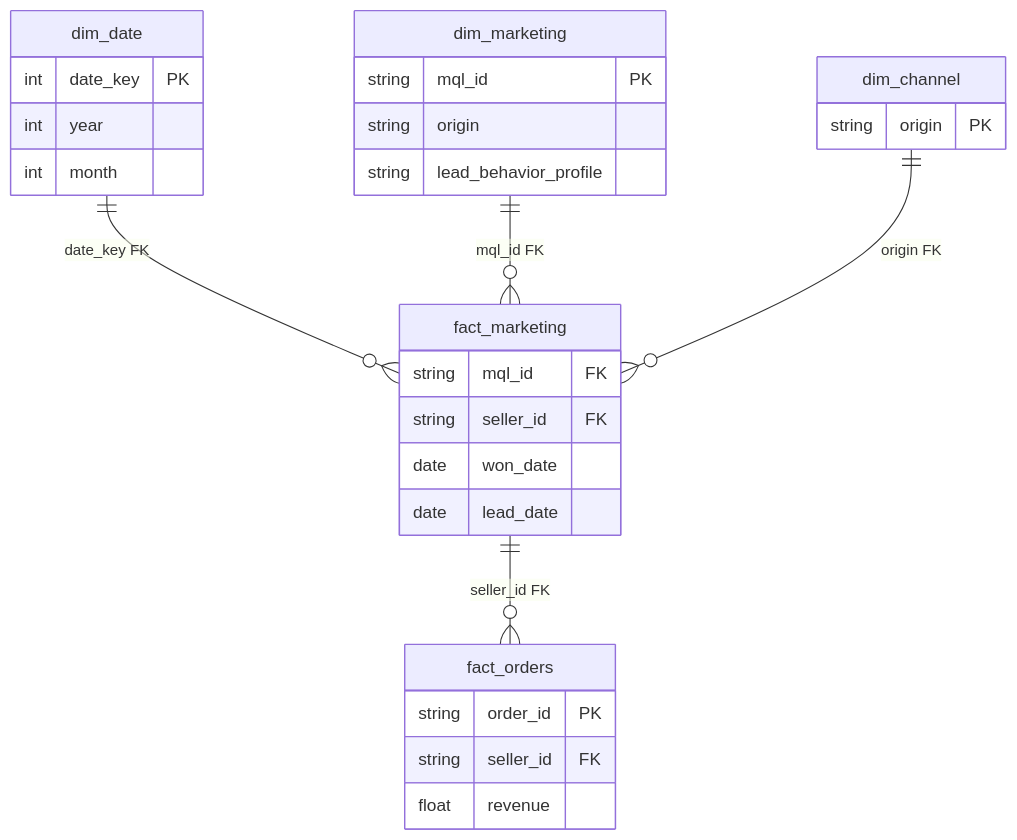
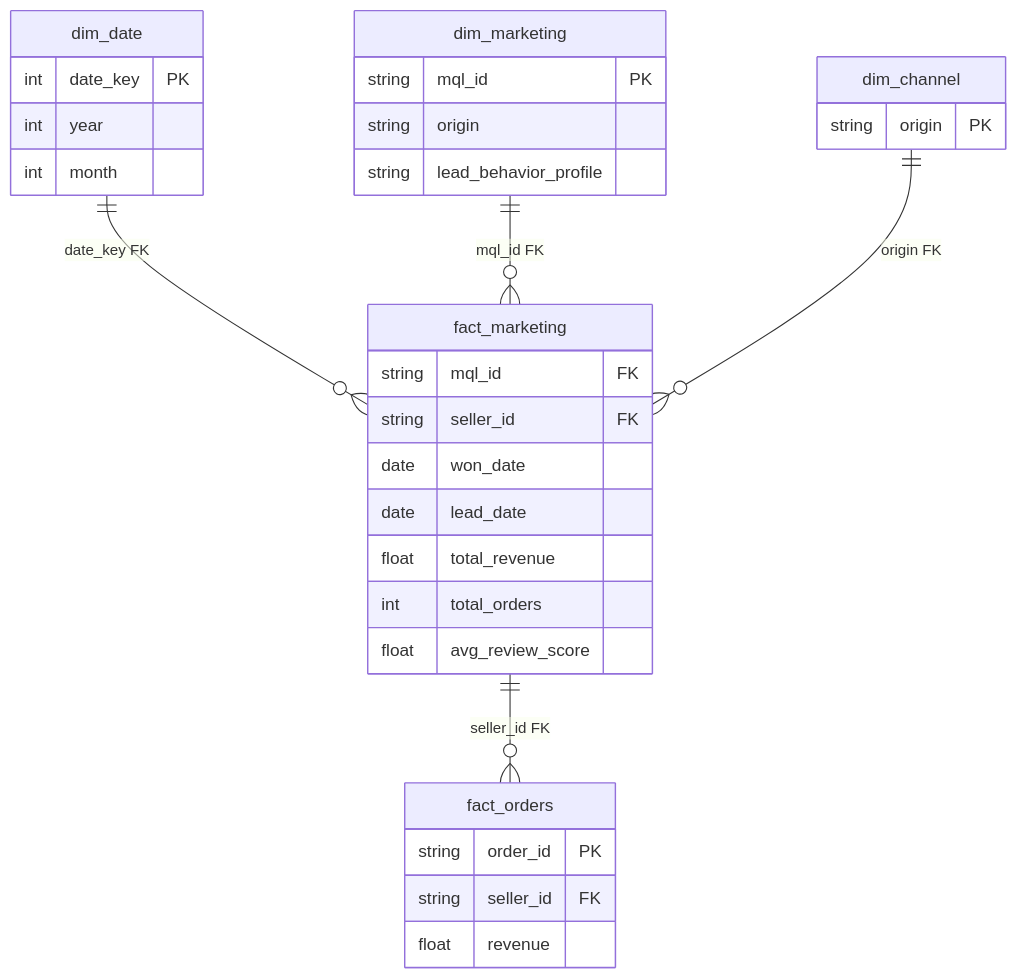
The first of 2 diagrams in README.md (albarpambagio/olist-marketing-dashboard), drawn with Mermaid before and after one commit. The commit also changed 4 other files, not shown here.

````diff
--- a/README.md
+++ b/README.md
@@ -80,36 +80,39 @@
 ```mermaid
 erDiagram
     dim_date ||--o{ fact_marketing : "date_key FK"
     dim_marketing ||--o{ fact_marketing : "mql_id FK"
     dim_channel ||--o{ fact_marketing : "origin FK"
     fact_marketing ||--o{ fact_orders : "seller_id FK"
 
     dim_date {
         int date_key PK
         int year
         int month
     }
 
     dim_marketing {
         string mql_id PK
         string origin
         string lead_behavior_profile
     }
 
     dim_channel {
         string origin PK
     }
 
     fact_marketing {
         string mql_id FK
         string seller_id FK
         date won_date
         date lead_date
+        float total_revenue
+        int total_orders
+        float avg_review_score
     }
 
     fact_orders {
         string order_id PK
         string seller_id FK
         float revenue
     }
 ```
````
